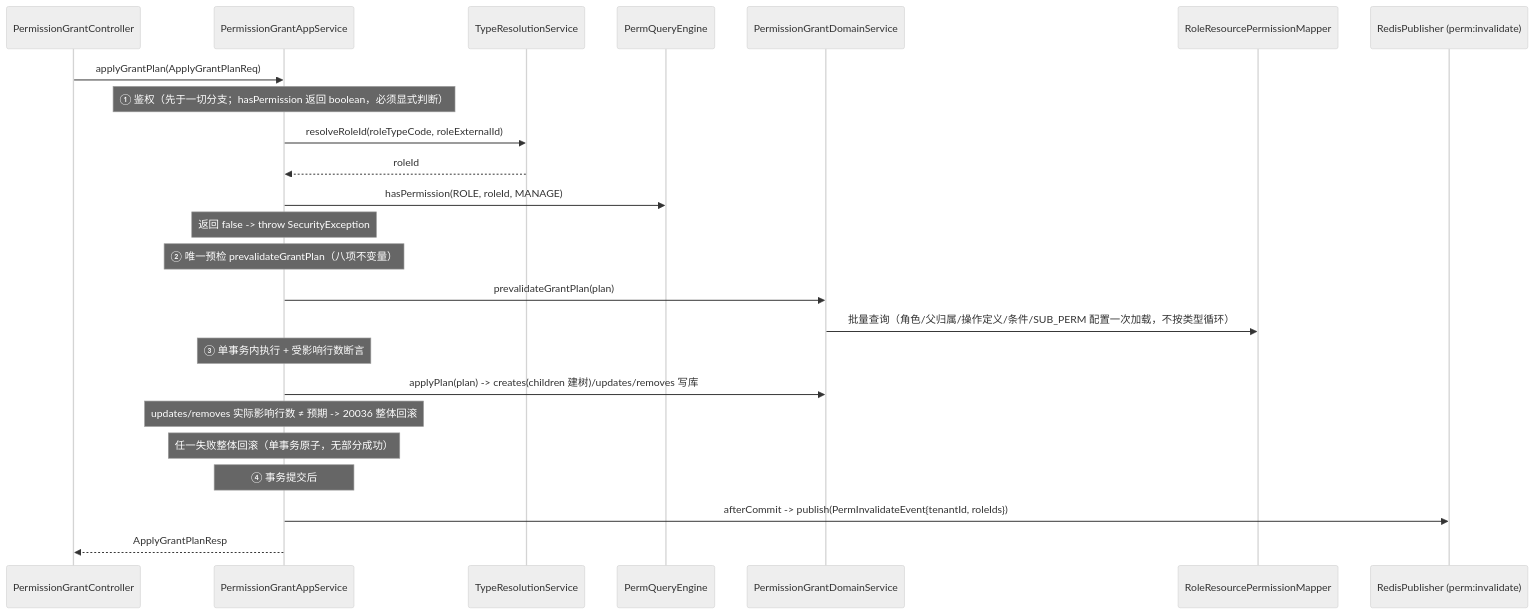
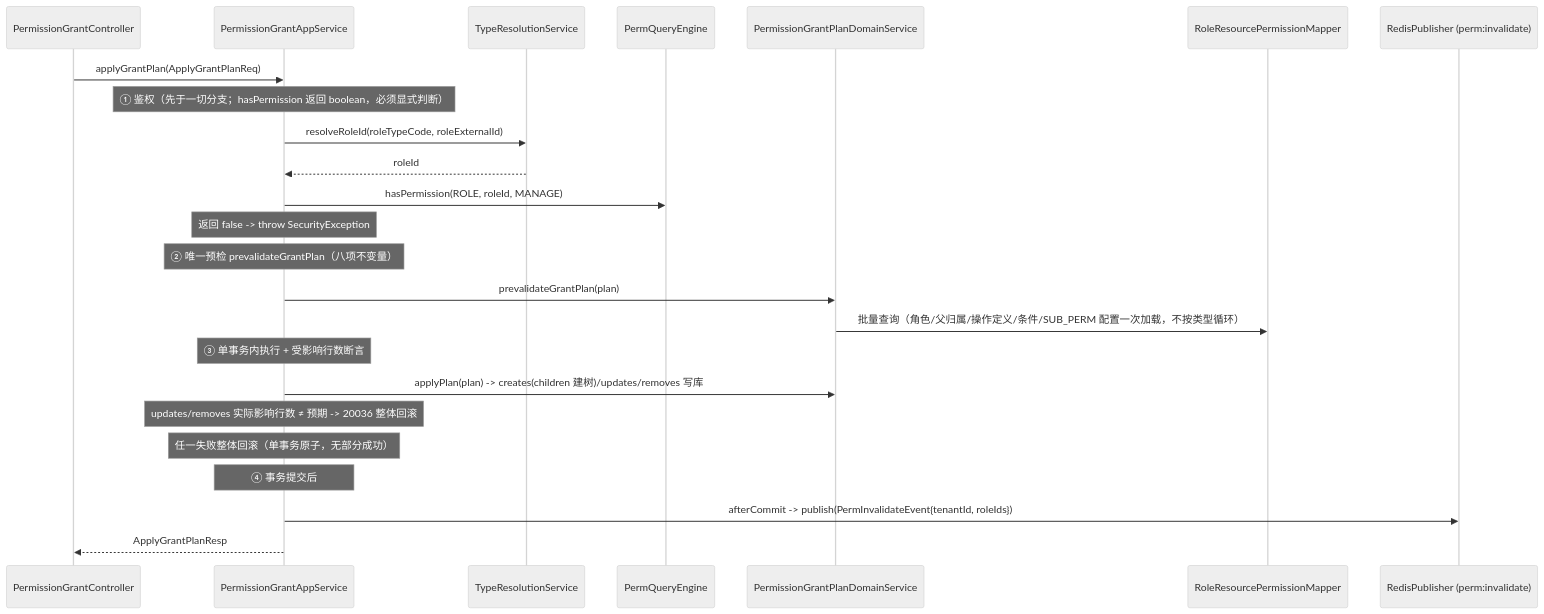
Before and after one commit to fage-org/Access-Mesh: the diagram in docs/design/permission-center/implementation.md, drawn with Mermaid (neutral theme). The commit also changed other lines of this file and 47 other files, not shown here.

````diff
--- a/docs/design/permission-center/implementation.md
+++ b/docs/design/permission-center/implementation.md
@@ -459,32 +459,32 @@
 ```mermaid
 sequenceDiagram
     participant C as PermissionGrantController
     participant PS as PermissionGrantAppService
     participant TR as TypeResolutionService
     participant ENG as PermQueryEngine
-    participant PGD as PermissionGrantDomainService
+    participant PGD as PermissionGrantPlanDomainService
     participant Mapper as RoleResourcePermissionMapper
     participant PUB as RedisPublisher (perm:invalidate)
 
     C->>PS: applyGrantPlan(ApplyGrantPlanReq)
 
     Note over PS: ① 鉴权（先于一切分支；hasPermission 返回 boolean，必须显式判断）
     PS->>TR: resolveRoleId(roleTypeCode, roleExternalId)
     TR-->>PS: roleId
     PS->>ENG: hasPermission(ROLE, roleId, MANAGE)
     Note over PS: 返回 false -> throw SecurityException
 
     Note over PS: ② 唯一预检 prevalidateGrantPlan（八项不变量）
     PS->>PGD: prevalidateGrantPlan(plan)
     PGD->>Mapper: 批量查询（角色/父归属/操作定义/条件/SUB_PERM 配置一次加载，不按类型循环）
 
     Note over PS: ③ 单事务内执行 + 受影响行数断言
     PS->>PGD: applyPlan(plan) -> creates(children 建树)/updates/removes 写库
     Note over PS: updates/removes 实际影响行数 ≠ 预期 -> 20036 整体回滚
     Note over PS: 任一失败整体回滚（单事务原子，无部分成功）
 
     Note over PS: ④ 事务提交后
     PS->>PUB: afterCommit -> publish(PermInvalidateEvent{tenantId, roleIds})
 
     PS-->>C: ApplyGrantPlanResp
 ```
````
